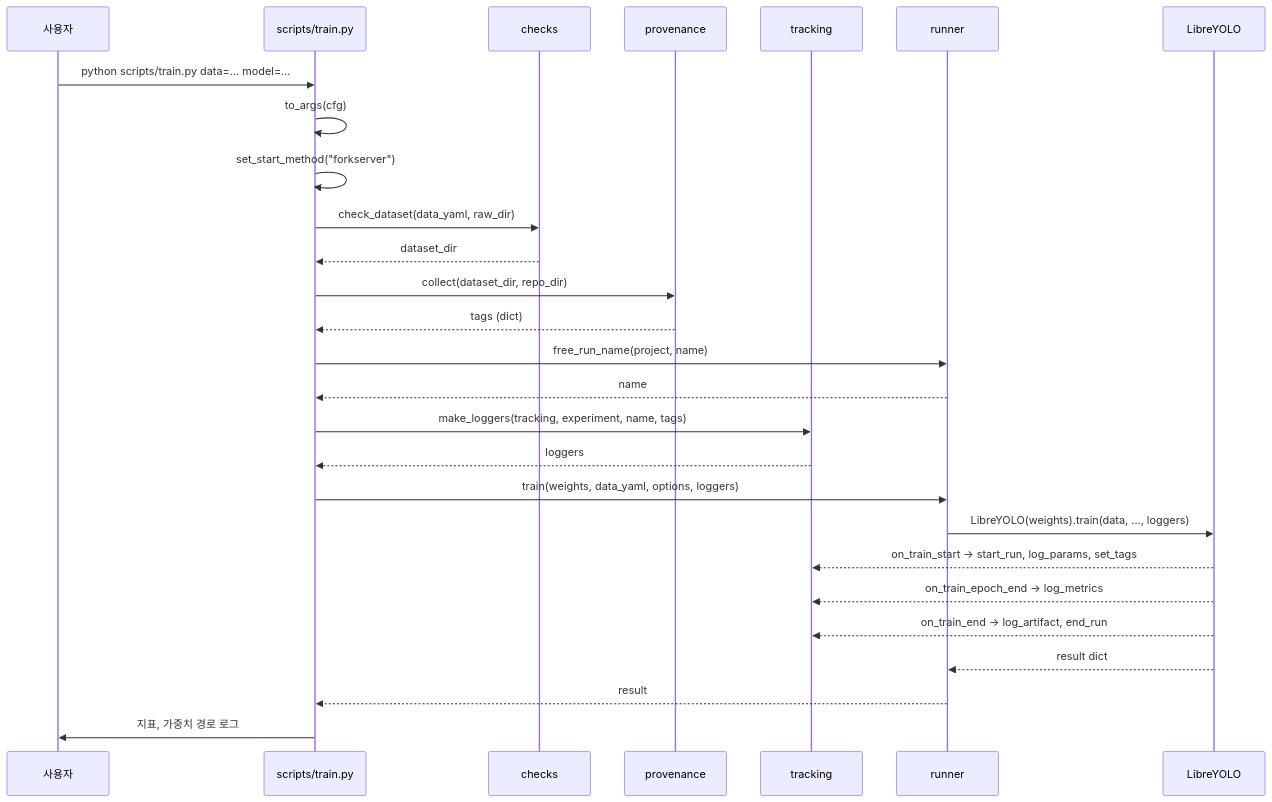
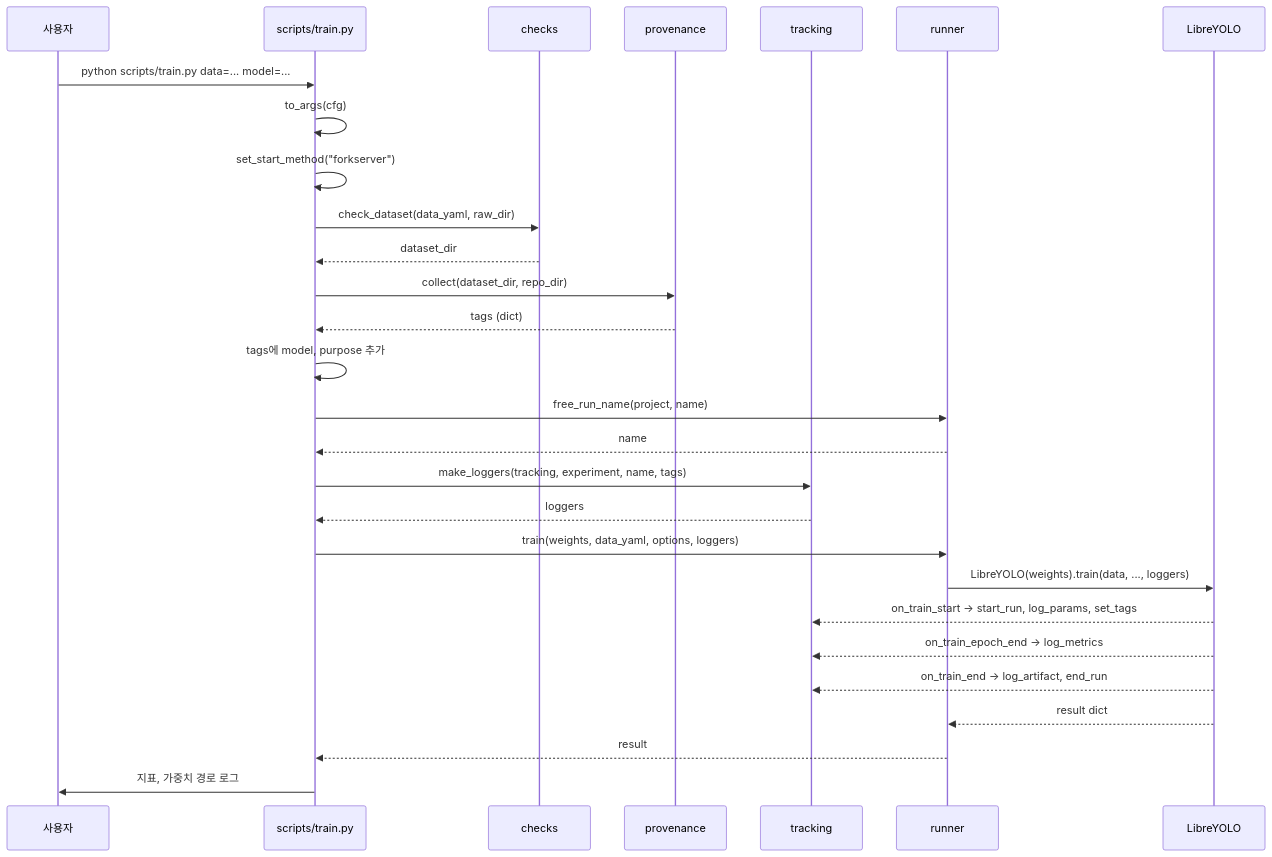
The second of 4 diagrams in docs/wiki/phase_1/analyses/training-architecture.md (wjseogur1234/vision-lab), drawn with Mermaid before and after one commit. The commit also changed other lines of this file and 2 other files, not shown here.

````diff
--- a/docs/wiki/phase_1/analyses/training-architecture.md
+++ b/docs/wiki/phase_1/analyses/training-architecture.md
@@ -138,29 +138,30 @@
 ```mermaid
 sequenceDiagram
     participant U as 사용자
     participant S as scripts/train.py
     participant CK as checks
     participant P as provenance
     participant T as tracking
     participant R as runner
     participant L as LibreYOLO
     U->>S: python scripts/train.py data=... model=...
     S->>S: to_args(cfg)
     S->>S: set_start_method("forkserver")
     S->>CK: check_dataset(data_yaml, raw_dir)
     CK-->>S: dataset_dir
     S->>P: collect(dataset_dir, repo_dir)
     P-->>S: tags (dict)
+    S->>S: tags에 model, purpose 추가
     S->>R: free_run_name(project, name)
     R-->>S: name
     S->>T: make_loggers(tracking, experiment, name, tags)
     T-->>S: loggers
     S->>R: train(weights, data_yaml, options, loggers)
     R->>L: LibreYOLO(weights).train(data, ..., loggers)
     L-->>T: on_train_start → start_run, log_params, set_tags
     L-->>T: on_train_epoch_end → log_metrics
     L-->>T: on_train_end → log_artifact, end_run
     L-->>R: result dict
     R-->>S: result
     S->>U: 지표, 가중치 경로 로그
 ```
````
